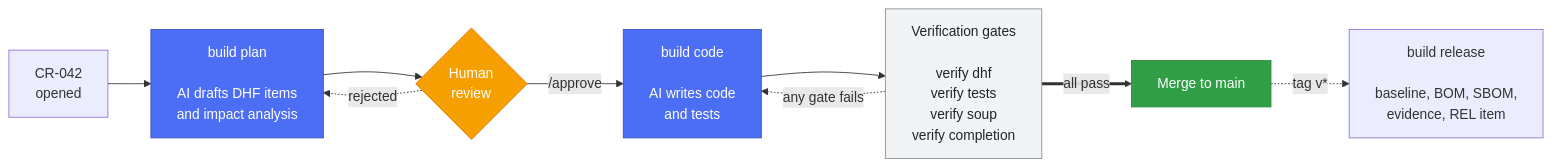
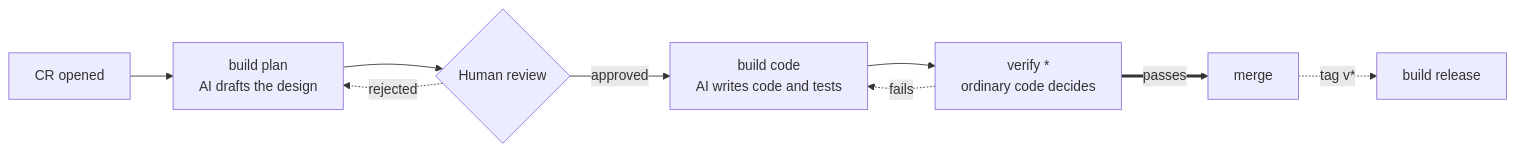
One commit to itercharles/MedHarness changed the diagram in README.md. Above: the diagram before and after it, drawn with Mermaid. The commit also changed other lines of this file and 33 other files, not shown here.

````diff
--- a/README.md
+++ b/README.md
@@ -57,17 +100,11 @@
 ```mermaid
 flowchart LR
-    CR["CR-042<br/>opened"] --> PLAN
-    PLAN["build plan<br/><br/>AI drafts DHF items<br/>and impact analysis"] --> REV{"Human<br/>review"}
+    CR["CR opened"] --> PLAN["build plan<br/>AI drafts the design"]
+    PLAN --> REV{"Human review"}
     REV -.->|rejected| PLAN
-    REV -->|"/approve"| IMPL["build code<br/><br/>AI writes code<br/>and tests"]
-    IMPL --> GATES["Verification gates<br/><br/>verify dhf<br/>verify tests<br/>verify soup<br/>verify completion"]
-    GATES -.->|any gate fails| IMPL
-    GATES ==>|all pass| MERGE["Merge to main"]
-    MERGE -.->|"tag v*"| REL["build release<br/><br/>baseline, BOM, SBOM,<br/>evidence, REL item"]
-
-    style PLAN fill:#4c6ef5,color:#fff,stroke:#364fc7
-    style IMPL fill:#4c6ef5,color:#fff,stroke:#364fc7
-    style REV fill:#f59f00,color:#fff,stroke:#e67700
-    style GATES fill:#f1f3f5,color:#212529,stroke:#868e96
-    style MERGE fill:#2f9e44,color:#fff,stroke:#2b8a3e
+    REV -->|approved| CODE["build code<br/>AI writes code and tests"]
+    CODE --> GATES["verify *<br/>ordinary code decides"]
+    GATES -.->|fails| CODE
+    GATES ==>|passes| MERGE["merge"]
+    MERGE -.->|"tag v*"| REL["build release"]
 ```
````
